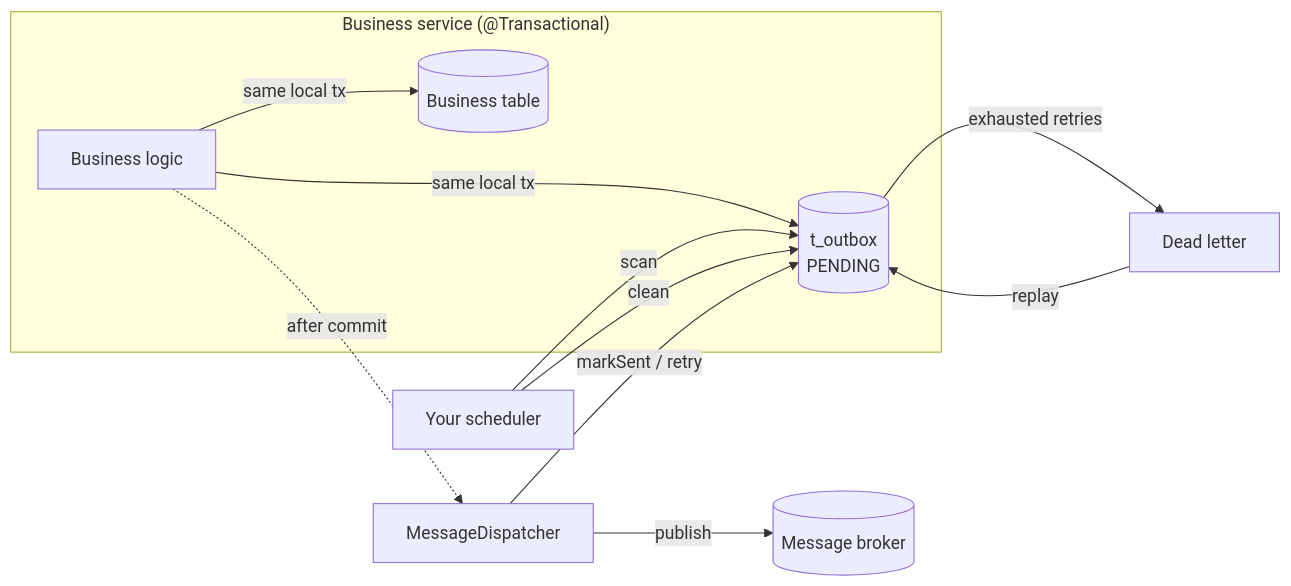
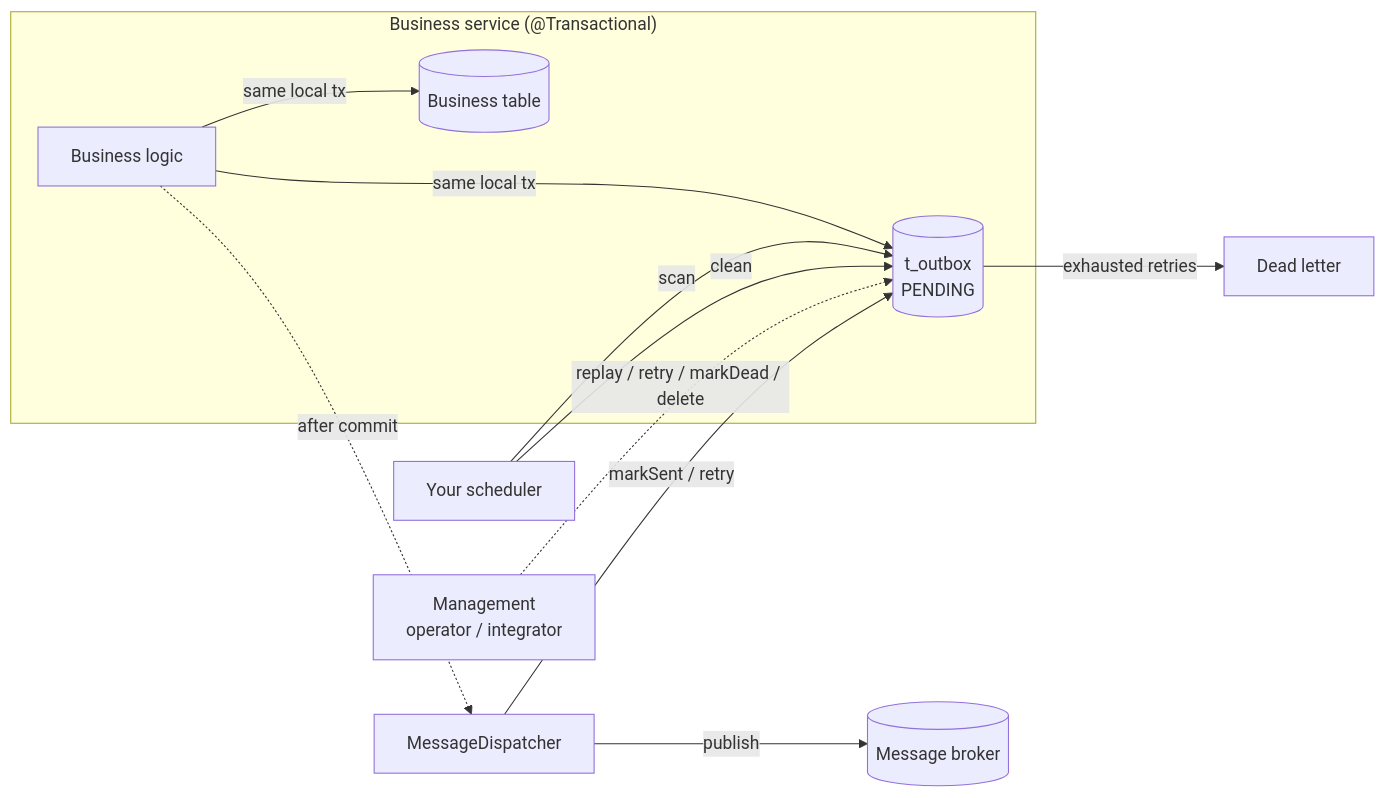
One commit to lazycece/reliable-outbox changed the diagram in README.md. Above: the diagram before and after it, drawn with Mermaid. The commit also changed 1 other file, not shown here.

````diff
--- a/README.md
+++ b/README.md
@@ -53,14 +53,14 @@
 ```mermaid
 flowchart LR
     subgraph App["Business service (@Transactional)"]
         A[Business logic] -->|same local tx| B[(Business table)]
         A -->|same local tx| C[(t_outbox<br/>PENDING)]
     end
     A -. after commit .-> D[MessageDispatcher]
     D -->|publish| E[(Message broker)]
     D -->|markSent / retry| C
     S[Your scheduler] -->|scan| C
     S -->|clean| C
     C -->|exhausted retries| F[Dead letter]
-    F -->|replay| C
+    M[Management<br/>operator / integrator] -. replay / retry / markDead / delete .-> C
 ```
````
